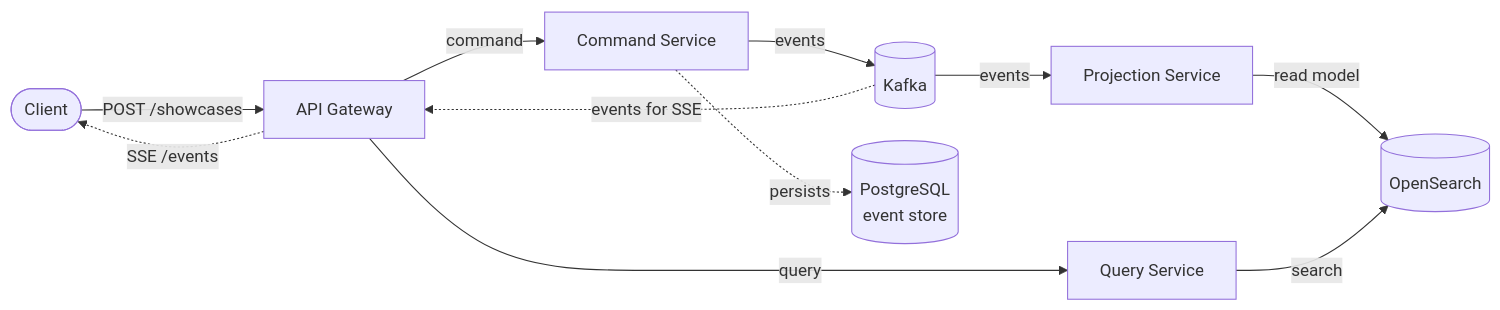
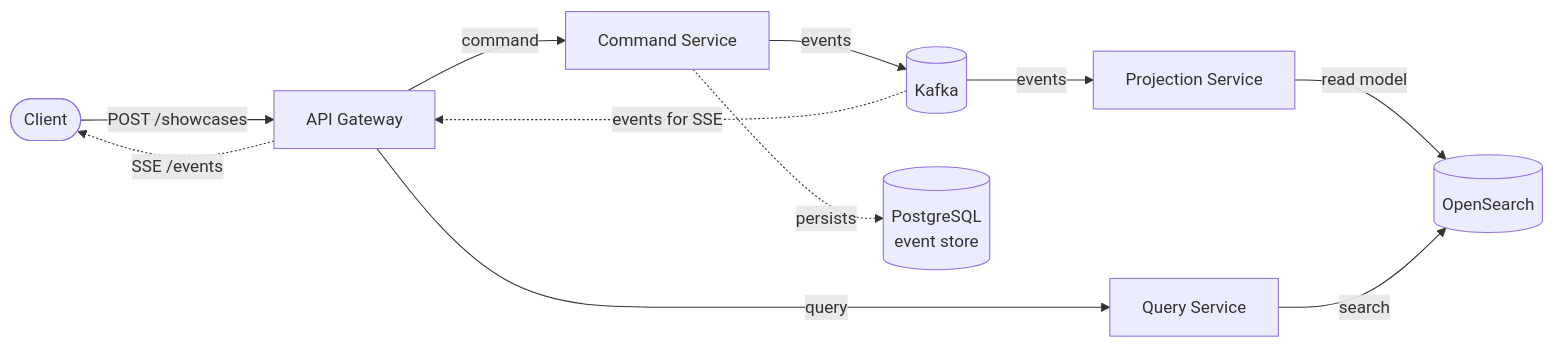
Before and after one commit to aanbrn/axon-showcase: the second of 3 diagrams in README.md, drawn with Mermaid. The commit also changed other lines of this file, not shown here.

First line of the commit message:
Drop the diagram padding to recover text size

````diff
--- a/README.md
+++ b/README.md
@@ -117,23 +116,22 @@
 ```mermaid
-%%{init: {"flowchart": {"nodeSpacing": 30, "rankSpacing": 40, "diagramPadding": 230}}}%%
 flowchart LR
     Client([Client])
     GW[API Gateway]
     CS[Command Service]
     Kafka[(Kafka)]
     PS[Projection Service]
     OS[(OpenSearch)]
     PG[(PostgreSQL<br/>event store)]
     QS[Query Service]
 
     Client -->|"POST /showcases"| GW
     GW -->|command| CS
     CS -->|events| Kafka
     CS -.->|persists| PG
     Kafka -->|events| PS
     Kafka -.->|"events for SSE"| GW
     PS -->|"read model"| OS
     GW -->|query| QS
     QS -->|search| OS
     GW -.->|"SSE /events"| Client
 ```
````
